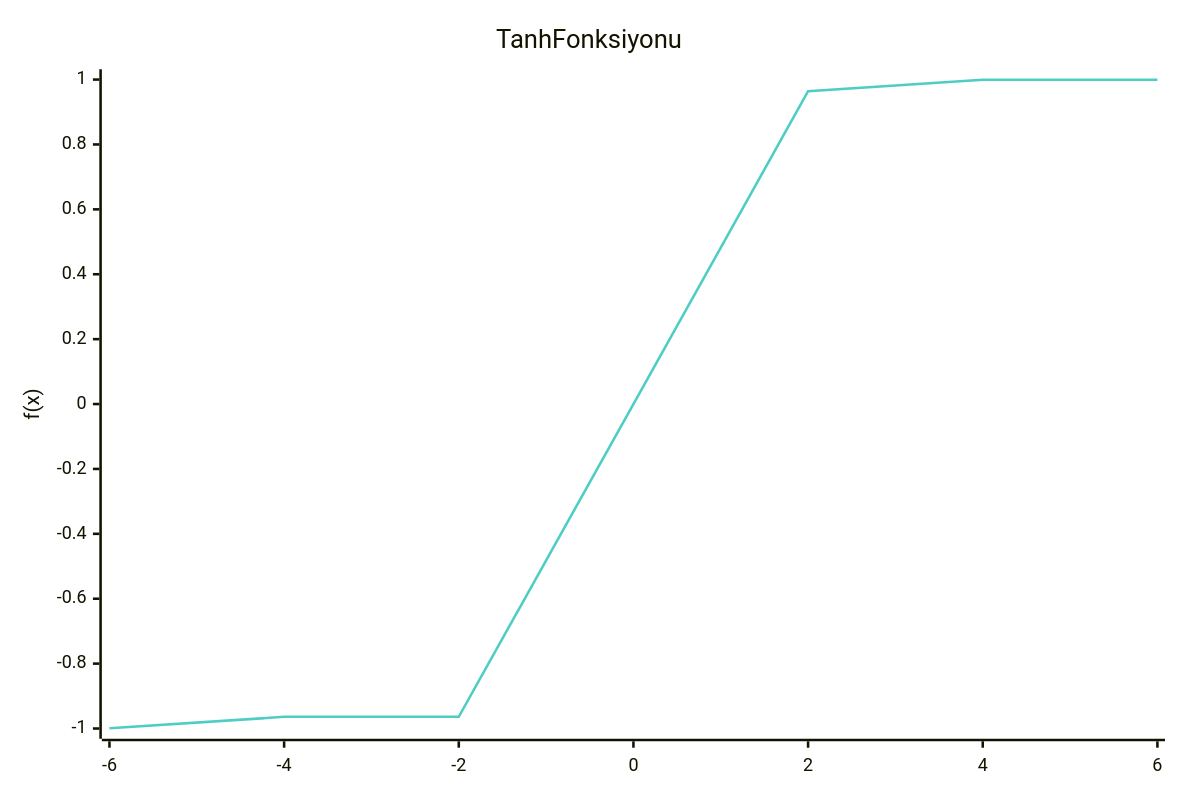
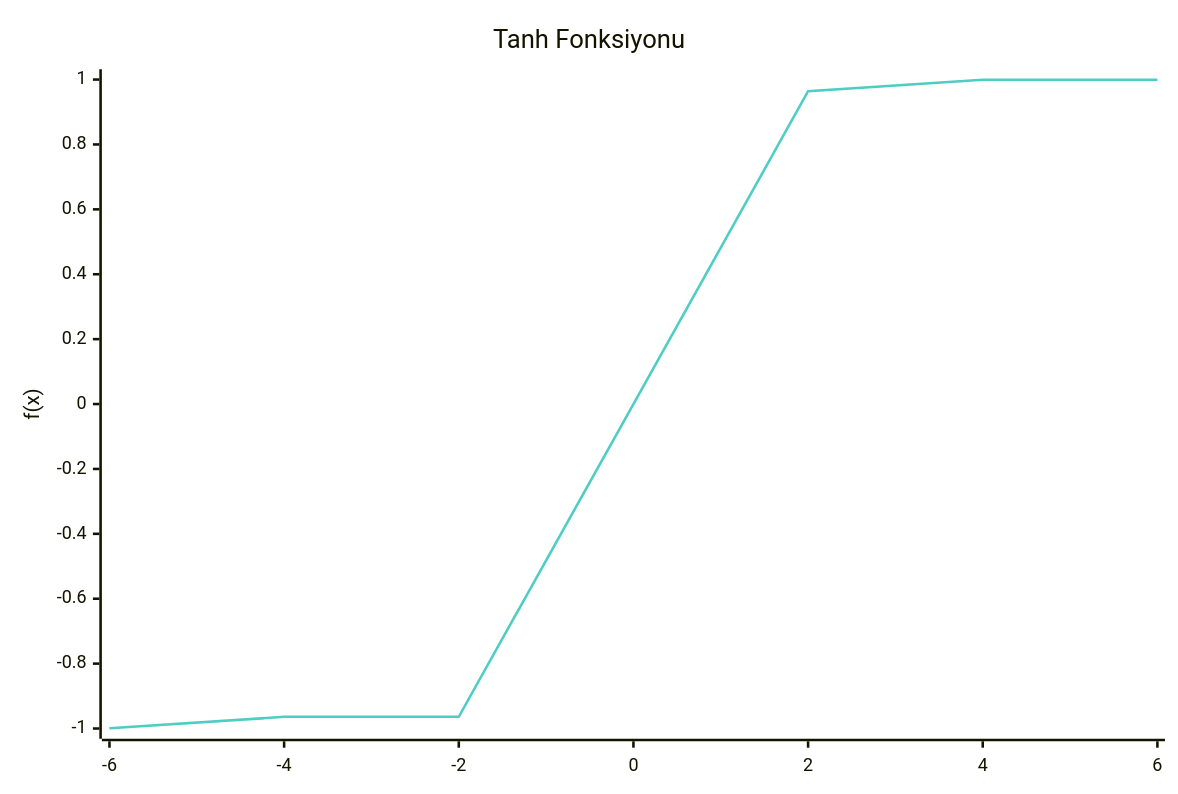
Before and after one commit to ilkerturan/ilkerturan.github.io: the third of 11 diagrams in dl/02-aktivasyon-fonksiyonlari.md, drawn with Mermaid. The commit also changed other lines of this file, not shown here.

Commit message:
fix: enclose xychart-beta titles in quotes to resolve mermaid syntax error

````diff
--- a/dl/02-aktivasyon-fonksiyonlari.md
+++ b/dl/02-aktivasyon-fonksiyonlari.md
@@ -112,16 +112,16 @@
 ```mermaid
 ---
 config:
     xyChart:
         width: 900
         height: 600
     themeVariables:
         xyChart:
             plotColorPalette: "#4ECDC4"
 ---
 xychart-beta
-    title Tanh Fonksiyonu
+    title "Tanh Fonksiyonu"
     x-axis [-6, -4, -2, 0, 2, 4, 6]
     y-axis "f(x)" -1 --> 1
     line [-0.9993, -0.9640, -0.9640, 0, 0.9640, 0.9993, 0.9993]
 ```
````
